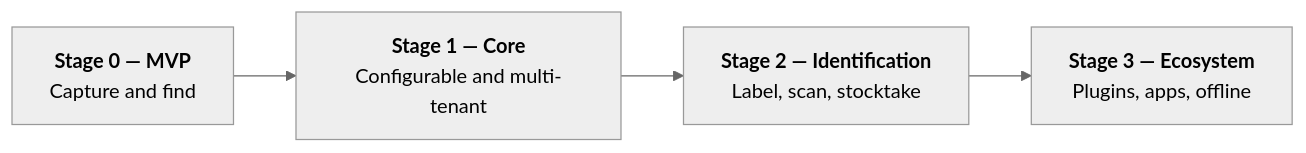
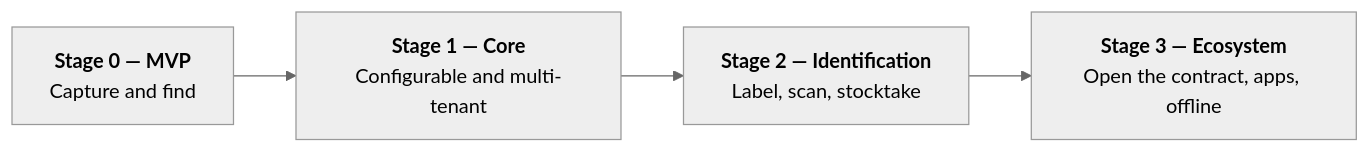
Before and after one commit to greluc/Home-Inventory: the first of 2 diagrams in docs/requirements/04-roadmap-and-stages.md, drawn with Mermaid (neutral theme). The commit also changed other lines of this file and 38 other files, not shown here.

````diff
--- a/docs/requirements/04-roadmap-and-stages.md
+++ b/docs/requirements/04-roadmap-and-stages.md
@@ -7,6 +7,6 @@
 ```mermaid
 graph LR
     S0["<b>Stage 0 — MVP</b><br/>Capture and find"] --> S1["<b>Stage 1 — Core</b><br/>Configurable and multi-tenant"]
     S1 --> S2["<b>Stage 2 — Identification</b><br/>Label, scan, stocktake"]
-    S2 --> S3["<b>Stage 3 — Ecosystem</b><br/>Plugins, apps, offline"]
+    S2 --> S3["<b>Stage 3 — Ecosystem</b><br/>Open the contract, apps, offline"]
 ```
````
